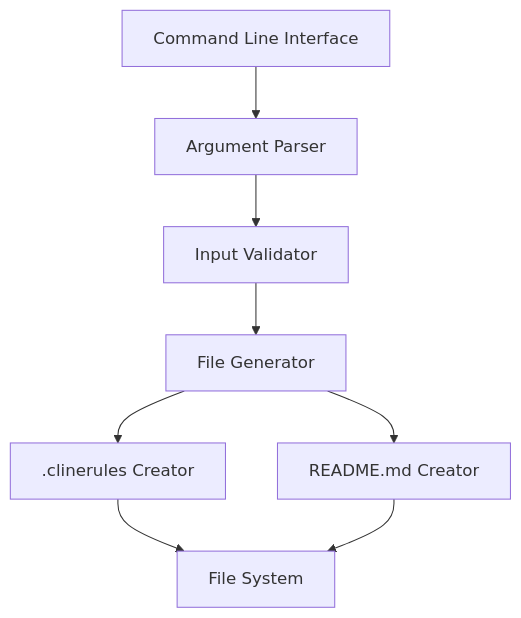
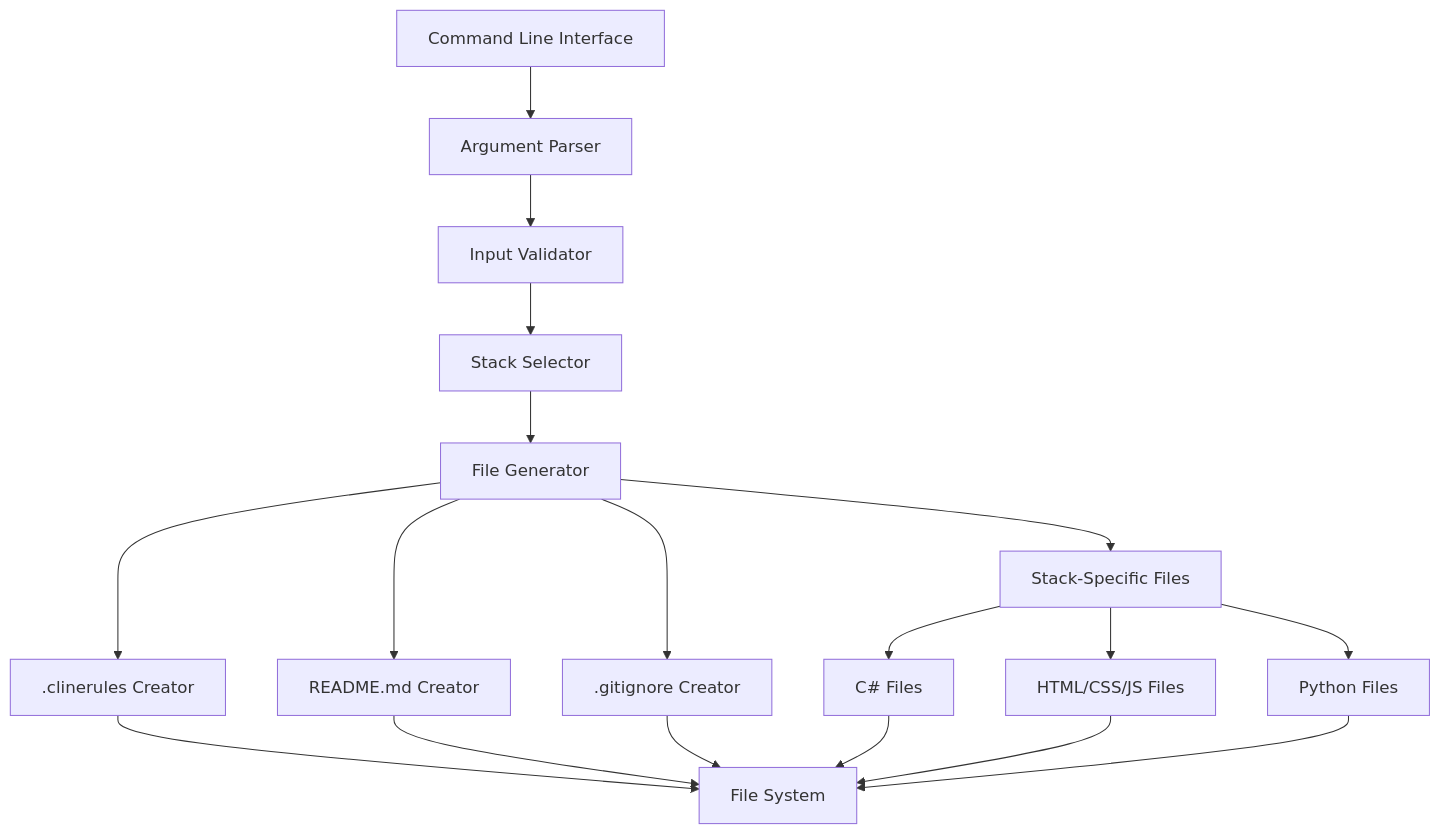
The diagram in memory-bank/systemPatterns.md (roshan-c/projconf), drawn with Mermaid before and after one commit. The commit also changed other lines of this file and 5 other files, not shown here.

Commit message:
Implement stack-specific file generation and enhance .gitignore handling

````diff
--- a/memory-bank/systemPatterns.md
+++ b/memory-bank/systemPatterns.md
@@ -4,10 +4,23 @@
 ```mermaid
 graph TD
     CLI[Command Line Interface] --> Parser[Argument Parser]
     Parser --> Validator[Input Validator]
-    Validator --> Generator[File Generator]
+    Validator --> StackSelector[Stack Selector]
+    StackSelector --> Generator[File Generator]
+    
     Generator --> ClinerulesMaker[.clinerules Creator]
     Generator --> ReadmeMaker[README.md Creator]
+    Generator --> GitignoreMaker[.gitignore Creator]
+    Generator --> StackSpecific[Stack-Specific Files]
+    
+    StackSpecific --> CSharpFiles[C# Files]
+    StackSpecific --> HtmlFiles[HTML/CSS/JS Files]
+    StackSpecific --> PythonFiles[Python Files]
+    
     ClinerulesMaker --> FileSystem[File System]
     ReadmeMaker --> FileSystem
+    GitignoreMaker --> FileSystem
+    CSharpFiles --> FileSystem
+    HtmlFiles --> FileSystem
+    PythonFiles --> FileSystem
 ```
````
